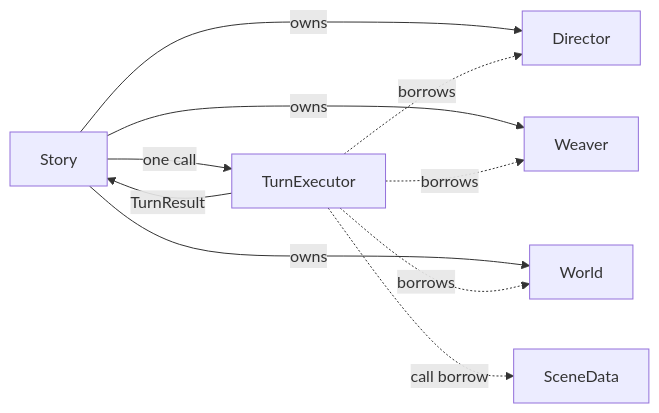
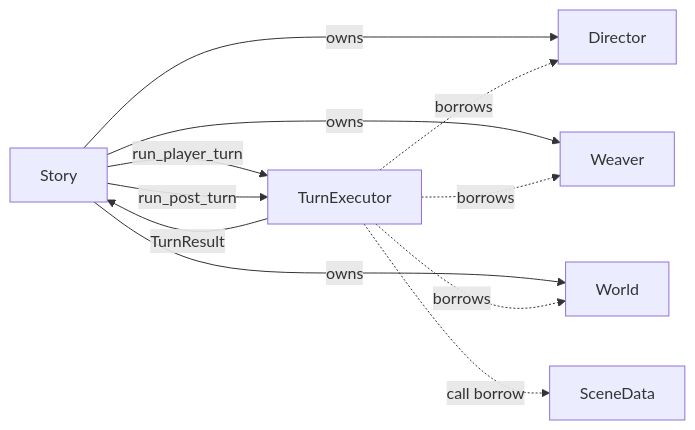
One commit to JiangWZW/Rhapsode changed the diagram in wiki/architecture/scene-loop.md. Above: the diagram before and after it, drawn with Mermaid. The commit also changed other lines of this file and 21 other files, not shown here.

````diff
--- a/wiki/architecture/scene-loop.md
+++ b/wiki/architecture/scene-loop.md
@@ -29,12 +43,13 @@
 ```mermaid
 flowchart LR
-    Story -->|one call| Executor["TurnExecutor"]
+    Story -->|run_player_turn| Executor["TurnExecutor"]
+    Story -->|run_post_turn| Executor
     Story -->|owns| Director
     Story -->|owns| Weaver
     Story -->|owns| World
     Executor -.->|borrows| Director
     Executor -.->|borrows| Weaver
     Executor -.->|borrows| World
     Executor -.->|call borrow| SceneData
     Executor -->|TurnResult| Story
 ```
````
